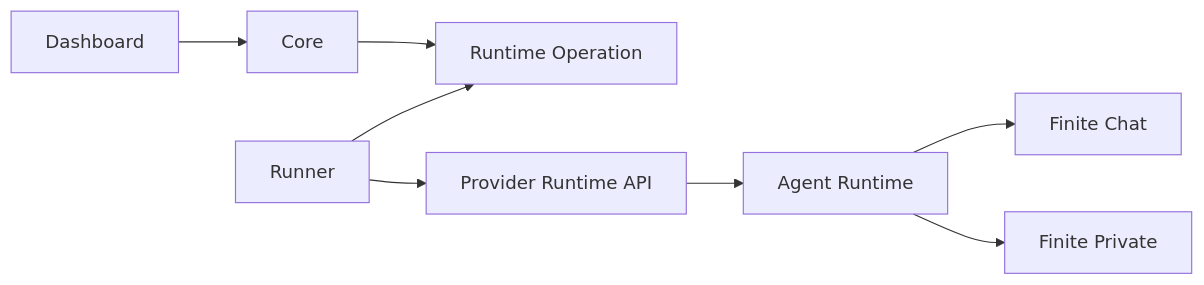
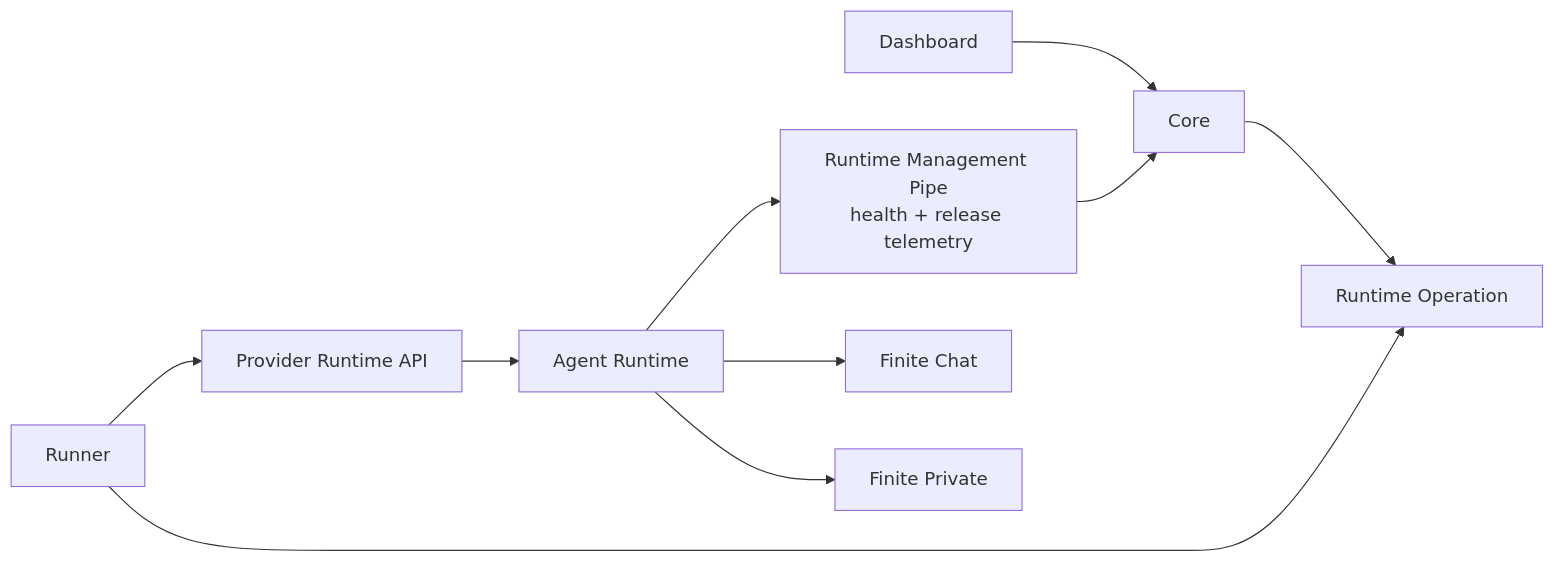
One commit to finitecomputer/finite-mono changed the diagram in finitecomputer-v2/docs/runtime-control-contract.md. Above: the diagram before and after it, drawn with Mermaid. The commit also changed other lines of this file and 241 other files, not shown here.

````diff
--- a/finitecomputer-v2/docs/runtime-control-contract.md
+++ b/finitecomputer-v2/docs/runtime-control-contract.md
@@ -41,10 +55,12 @@
 ```mermaid
 flowchart LR
   Dashboard["Dashboard"] --> Core["Core"]
   Core --> Request["Runtime Operation"]
   Runner["Runner"] --> Request
   Runner --> Provider["Provider Runtime API"]
   Provider --> Runtime["Agent Runtime"]
+  Runtime --> Pipe["Runtime Management Pipe<br/>health + release telemetry"]
+  Pipe --> Core
   Runtime --> Chat["Finite Chat"]
   Runtime --> Private["Finite Private"]
 ```
````
